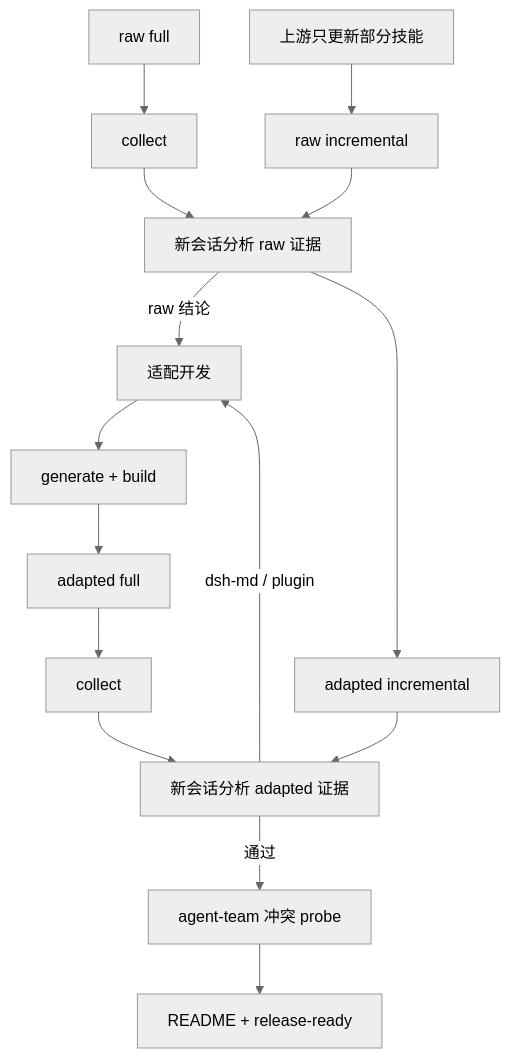
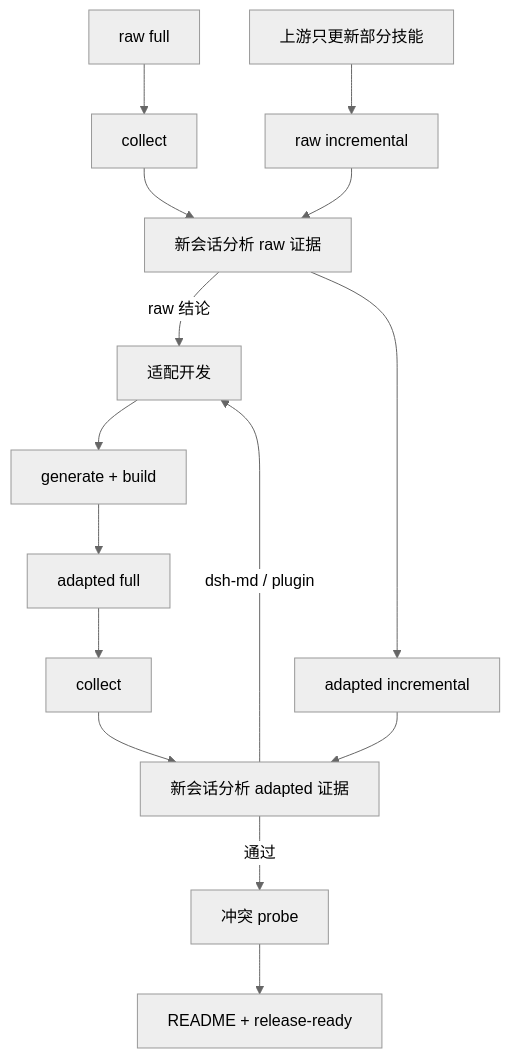
One commit to MaxonT/dsh-pstack changed the diagram in playground/docs/verification-loop.md. Above: the diagram before and after it, drawn with Mermaid (neutral theme). The commit also changed other lines of this file and 4 other files, not shown here.

````diff
--- a/playground/docs/verification-loop.md
+++ b/playground/docs/verification-loop.md
@@ -24,17 +24,17 @@
 ```mermaid
 flowchart TD
   rawFull[raw full] --> collectRaw[collect]
   collectRaw --> analyzeRaw[新会话分析 raw 证据]
   analyzeRaw -->|raw 结论| portChange[适配开发]
   portChange --> build[generate + build]
   build --> adaptedFull[adapted full]
   adaptedFull --> collectAdapted[collect]
   collectAdapted --> analyzeAdapted[新会话分析 adapted 证据]
   analyzeAdapted -->|dsh-md / plugin| portChange
-  analyzeAdapted -->|通过| envGroup[agent-team 冲突 probe]
+  analyzeAdapted -->|通过| envGroup[冲突 probe]
   envGroup --> release[README + release-ready]
   upstream[上游只更新部分技能] --> rawDelta[raw incremental]
   rawDelta --> analyzeRaw
   analyzeRaw --> adaptedDelta[adapted incremental]
   adaptedDelta --> analyzeAdapted
 ```
````
